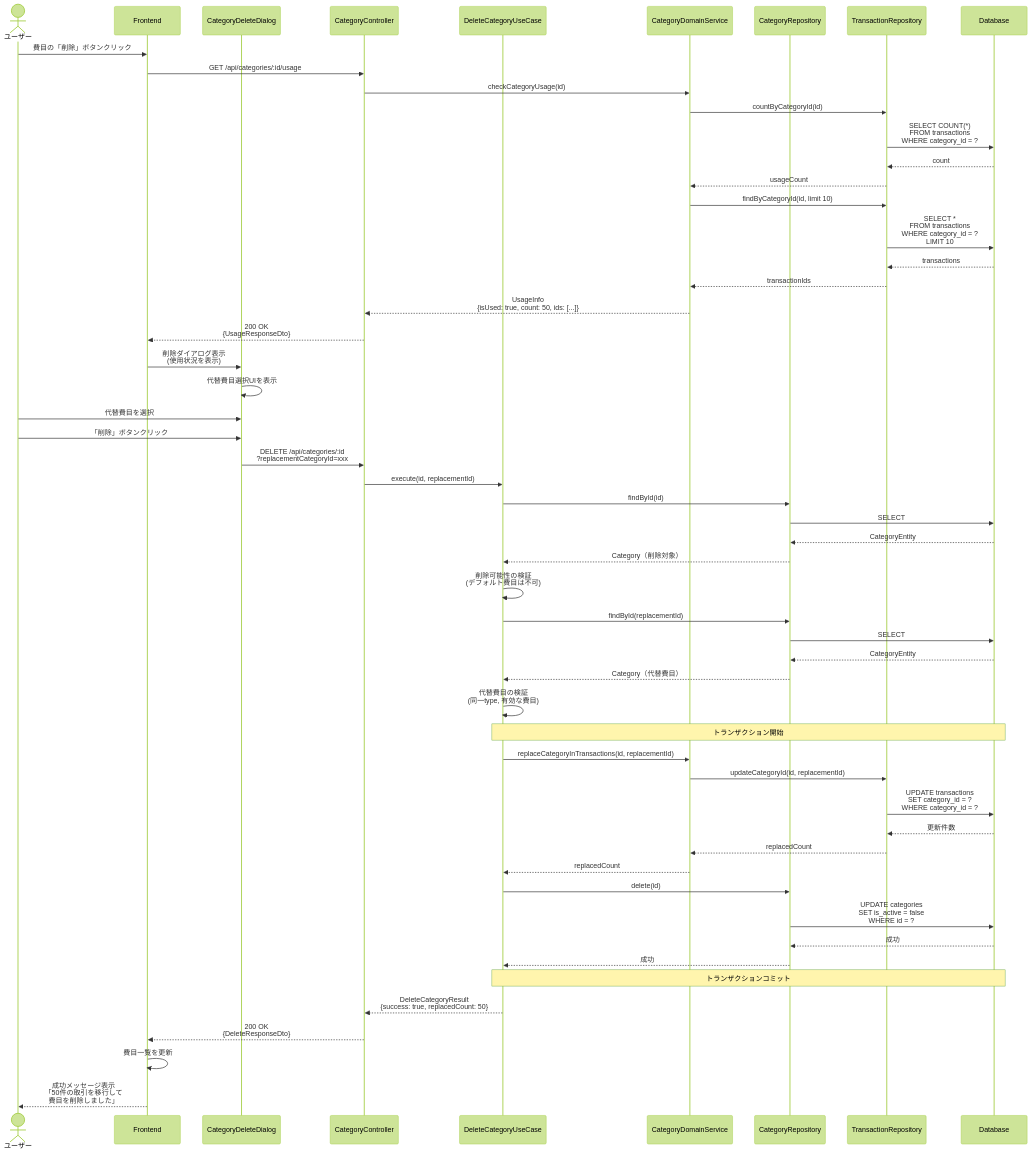
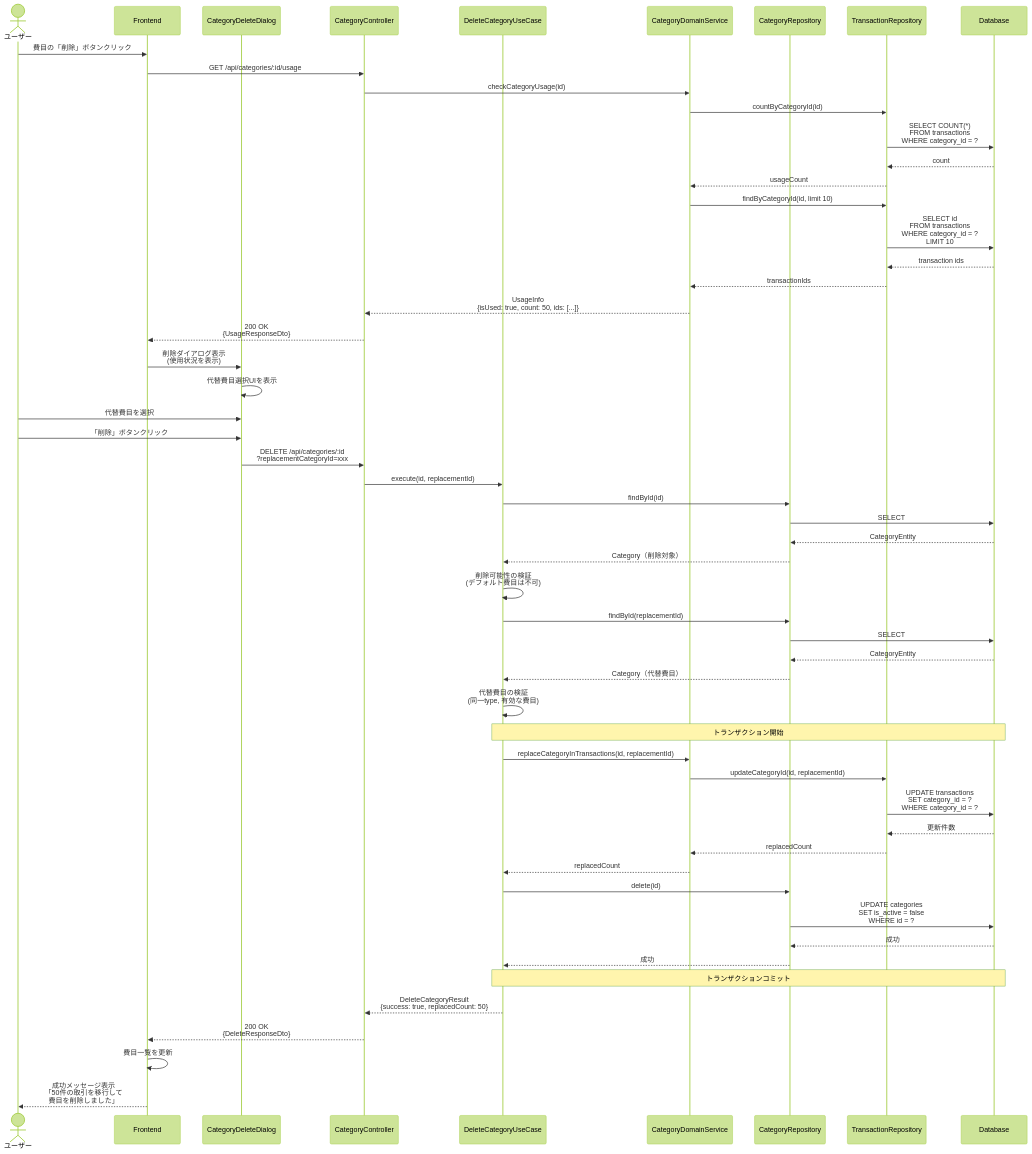
The third of 13 diagrams in docs/detailed-design/FR-011_category-crud/sequence-diagrams.md (kencom2400/account-book), drawn with Mermaid (forest theme) before and after one commit.

Commit message:
docs: optimize SELECT query to fetch only required columns
- SELECT * を SELECT id に変更
- 使用状況確認時は取引IDのみが必要
- 不要なカラムの取得を排除してパフォーマンス向上
- transactionIds のみを返すように明確化

Resolves Gemini Code Assist review comment #6 (Medium)

````diff
--- a/docs/detailed-design/FR-011_category-crud/sequence-diagrams.md
+++ b/docs/detailed-design/FR-011_category-crud/sequence-diagrams.md
@@ -243,75 +243,75 @@
 ```mermaid
 sequenceDiagram
     actor User as ユーザー
     participant FE as Frontend
     participant Dialog as CategoryDeleteDialog
     participant API as CategoryController
     participant UC as DeleteCategoryUseCase
     participant DS as CategoryDomainService
     participant CatRepo as CategoryRepository
     participant TxRepo as TransactionRepository
     participant DB as Database
 
     User->>FE: 費目の「削除」ボタンクリック
 
     FE->>API: GET /api/categories/:id/usage
     API->>DS: checkCategoryUsage(id)
     DS->>TxRepo: countByCategoryId(id)
     TxRepo->>DB: SELECT COUNT(*)<br/>FROM transactions<br/>WHERE category_id = ?
     DB-->>TxRepo: count
     TxRepo-->>DS: usageCount
 
     DS->>TxRepo: findByCategoryId(id, limit 10)
-    TxRepo->>DB: SELECT *<br/>FROM transactions<br/>WHERE category_id = ?<br/>LIMIT 10
-    DB-->>TxRepo: transactions
+    TxRepo->>DB: SELECT id<br/>FROM transactions<br/>WHERE category_id = ?<br/>LIMIT 10
+    DB-->>TxRepo: transaction ids
     TxRepo-->>DS: transactionIds
 
     DS-->>API: UsageInfo<br/>{isUsed: true, count: 50, ids: [...]}
     API-->>FE: 200 OK<br/>{UsageResponseDto}
 
     FE->>Dialog: 削除ダイアログ表示<br/>(使用状況を表示)
 
     Dialog->>Dialog: 代替費目選択UIを表示
     User->>Dialog: 代替費目を選択
 
     User->>Dialog: 「削除」ボタンクリック
     Dialog->>API: DELETE /api/categories/:id<br/>?replacementCategoryId=xxx
 
     API->>UC: execute(id, replacementId)
 
     UC->>CatRepo: findById(id)
     CatRepo->>DB: SELECT
     DB-->>CatRepo: CategoryEntity
     CatRepo-->>UC: Category（削除対象）
 
     UC->>UC: 削除可能性の検証<br/>(デフォルト費目は不可)
 
     UC->>CatRepo: findById(replacementId)
     CatRepo->>DB: SELECT
     DB-->>CatRepo: CategoryEntity
     CatRepo-->>UC: Category（代替費目）
 
     UC->>UC: 代替費目の検証<br/>(同一type, 有効な費目)
 
     Note over UC,DB: トランザクション開始
 
     UC->>DS: replaceCategoryInTransactions(id, replacementId)
     DS->>TxRepo: updateCategoryId(id, replacementId)
     TxRepo->>DB: UPDATE transactions<br/>SET category_id = ?<br/>WHERE category_id = ?
     DB-->>TxRepo: 更新件数
     TxRepo-->>DS: replacedCount
     DS-->>UC: replacedCount
 
     UC->>CatRepo: delete(id)
     CatRepo->>DB: UPDATE categories<br/>SET is_active = false<br/>WHERE id = ?
     DB-->>CatRepo: 成功
     CatRepo-->>UC: 成功
 
     Note over UC,DB: トランザクションコミット
 
     UC-->>API: DeleteCategoryResult<br/>{success: true, replacedCount: 50}
     API-->>FE: 200 OK<br/>{DeleteResponseDto}
 
     FE->>FE: 費目一覧を更新
     FE-->>User: 成功メッセージ表示<br/>「50件の取引を移行して<br/>費目を削除しました」
 ```
````
